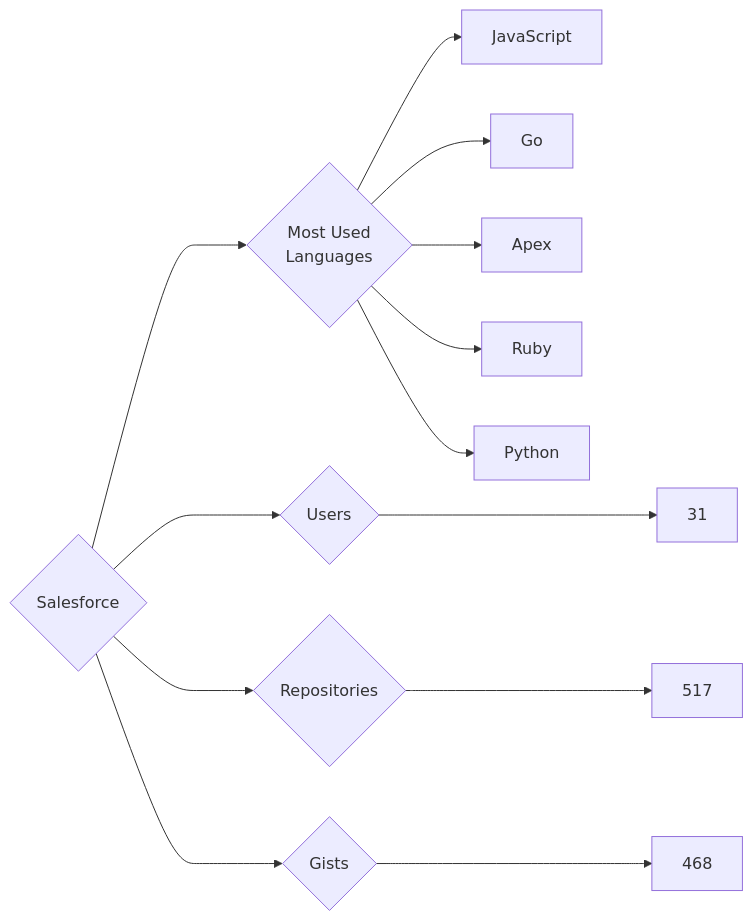
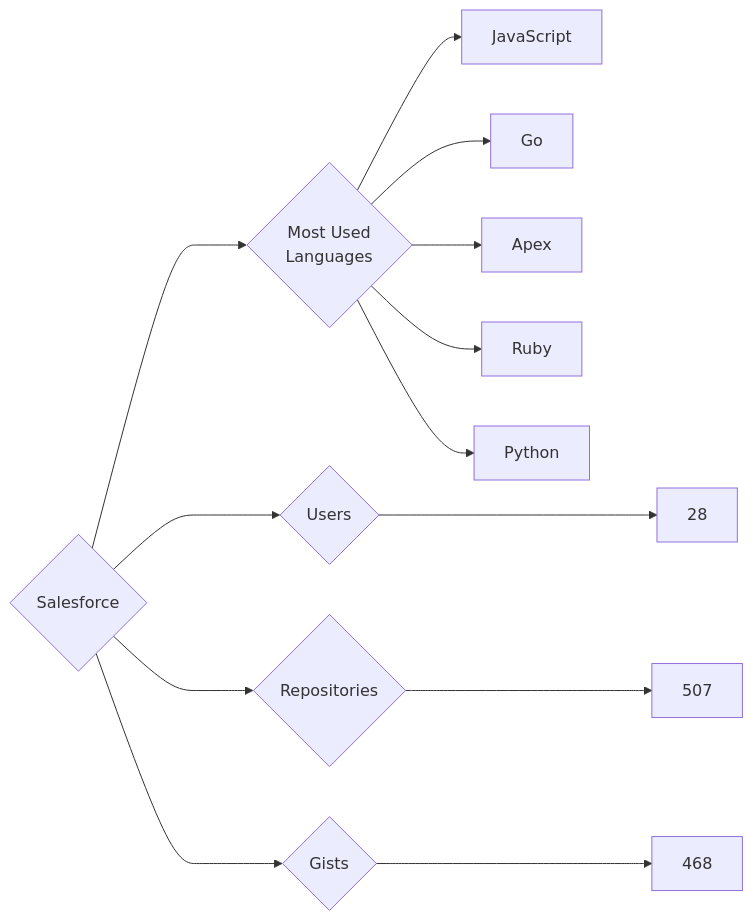
Before and after one commit to trickest/insiders: the diagram in targets/Salesforce/README.md, drawn with Mermaid. The commit also changed 715 other files, not shown here.

````diff
--- a/targets/Salesforce/README.md
+++ b/targets/Salesforce/README.md
@@ -3,13 +3,13 @@
 ```mermaid
 graph LR
 COMPANY_NAME{Salesforce}
-COMPANY_NAME ---> U{Users} ---> UN[31]
-COMPANY_NAME ---> R{Repositories} ---> RN[517]
+COMPANY_NAME ---> U{Users} ---> UN[28]
+COMPANY_NAME ---> R{Repositories} ---> RN[507]
 COMPANY_NAME ---> G{Gists} ---> GN[468]
 COMPANY_NAME ---> ML{Most Used<br>Languages}
 ML --> JavaScript[JavaScript]
 ML --> Go[Go]
 ML --> Apex[Apex]
 ML --> Ruby[Ruby]
 ML --> Python[Python]
 ```
````
